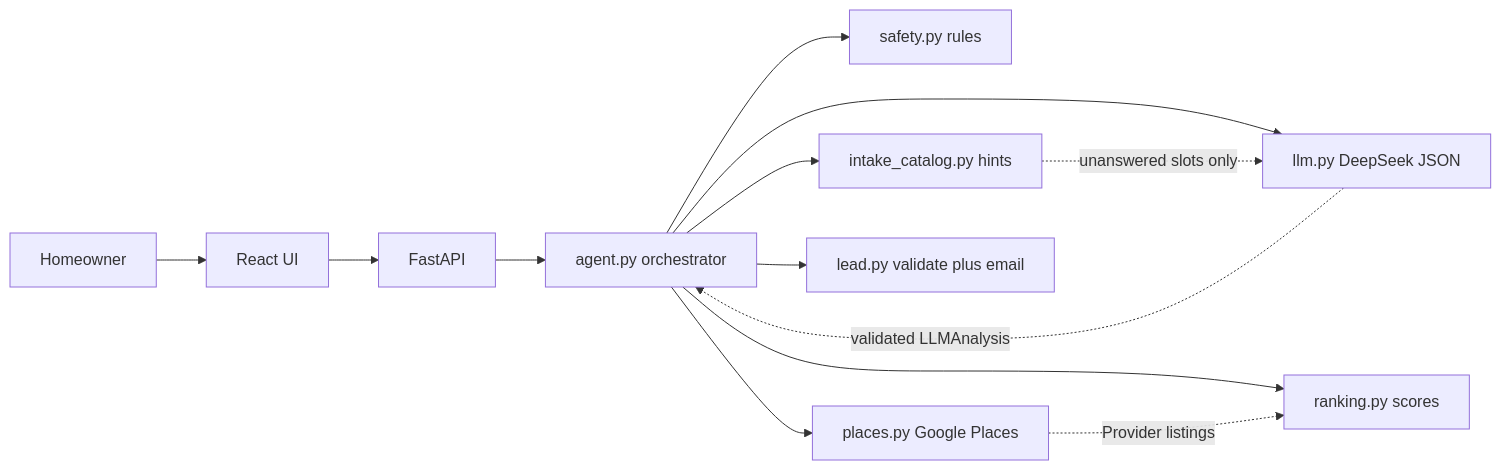
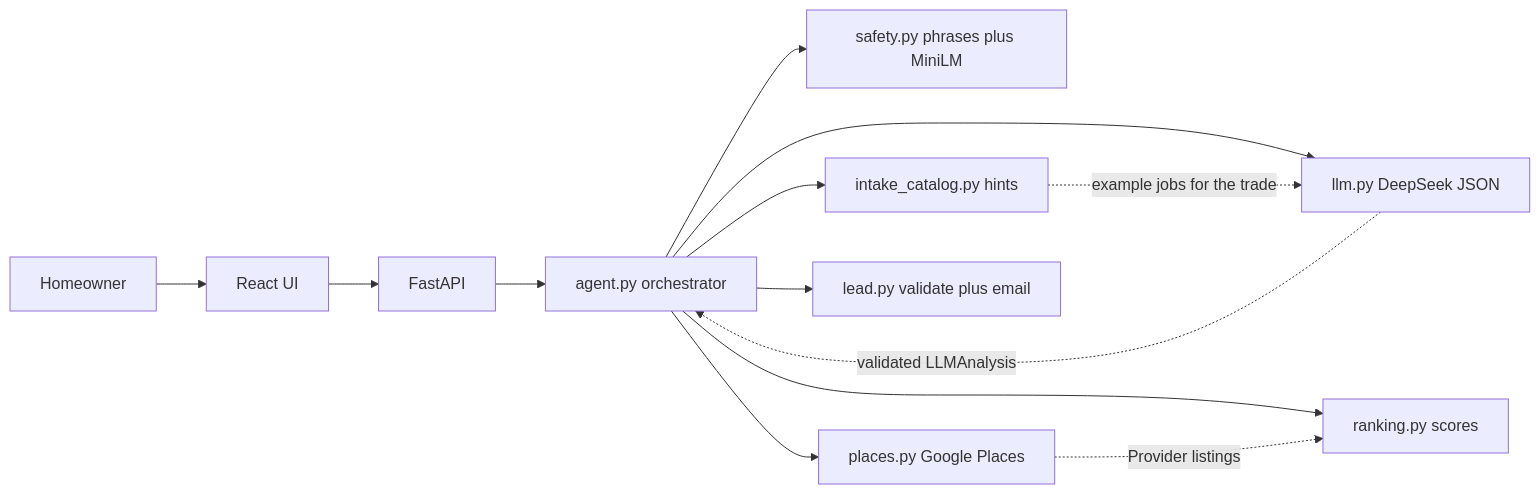
One commit to softwaresat/home-provider-agent changed the diagram in README.md. Above: the diagram before and after it, drawn with Mermaid. The commit also changed other lines of this file and 13 other files, not shown here.

First line of the commit message:
Keep DeepSeek in charge of intake and use MiniLM only for safety recall.

````diff
--- a/README.md
+++ b/README.md
@@ -79,15 +79,15 @@
 ```mermaid
 flowchart LR
   user[Homeowner] --> ui[React UI]
   ui --> api[FastAPI]
   api --> agent[agent.py orchestrator]
-  agent --> safety[safety.py rules]
+  agent --> safety[safety.py phrases plus MiniLM]
   agent --> catalog[intake_catalog.py hints]
   agent --> llm[llm.py DeepSeek JSON]
   agent --> places[places.py Google Places]
   agent --> rank[ranking.py scores]
   agent --> lead[lead.py validate plus email]
-  catalog -.->|unanswered slots only| llm
+  catalog -.->|example jobs for the trade| llm
   llm -.->|validated LLMAnalysis| agent
   places -.->|Provider listings| rank
 ```
````
